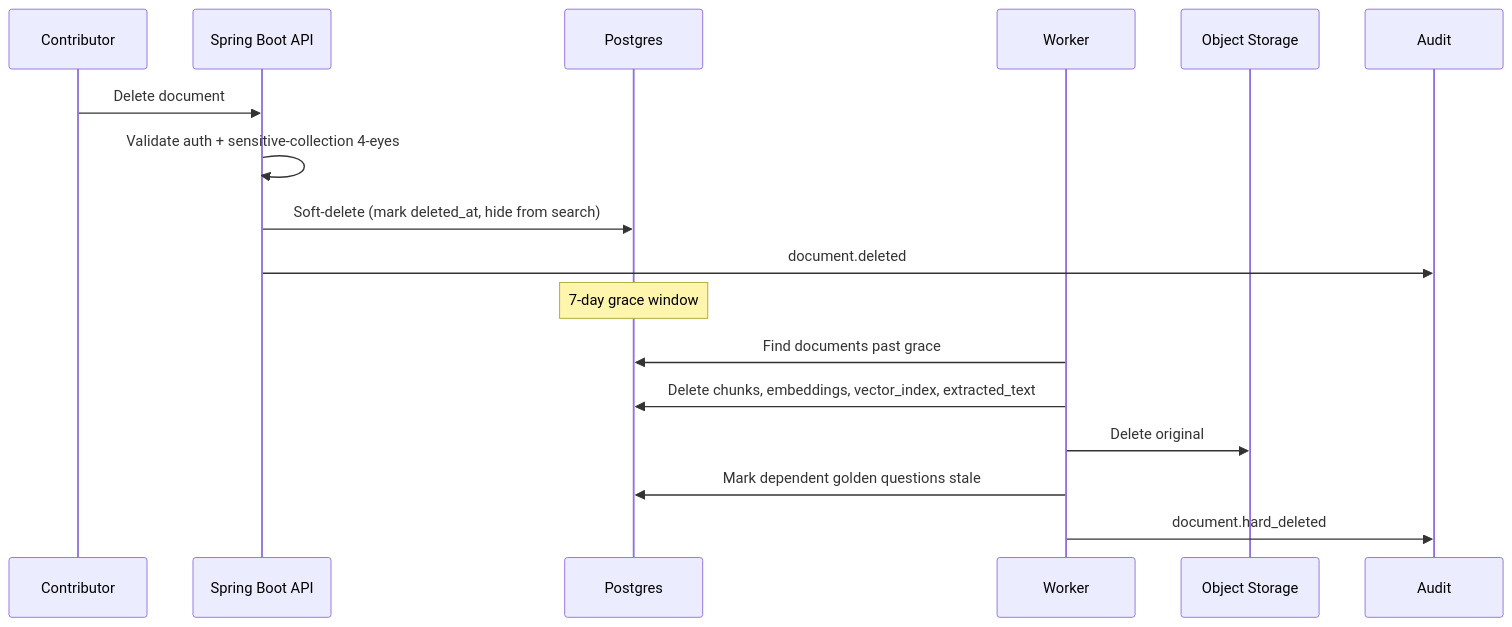
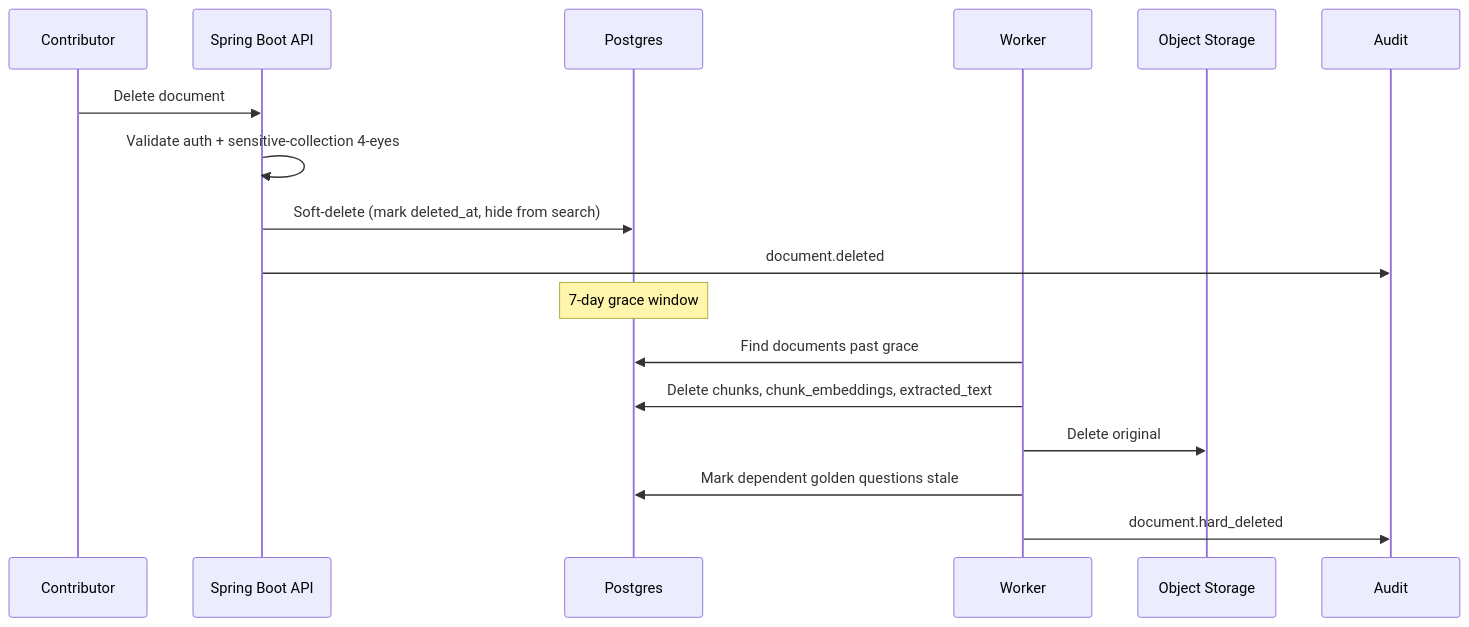
The sixth of 9 diagrams in docs/Solution_Architecture.md (alechulkin/rag), drawn with Mermaid before and after one commit. The commit also changed other lines of this file and 9 other files, not shown here.

````diff
--- a/docs/Solution_Architecture.md
+++ b/docs/Solution_Architecture.md
@@ -280,19 +282,19 @@
 ```mermaid
 sequenceDiagram
   participant U as Contributor
   participant API as Spring Boot API
   participant PG as Postgres
   participant W as Worker
   participant Obj as Object Storage
   participant Aud as Audit
   U->>API: Delete document
   API->>API: Validate auth + sensitive-collection 4-eyes
   API->>PG: Soft-delete (mark deleted_at, hide from search)
   API->>Aud: document.deleted
   Note over PG: 7-day grace window
   W->>PG: Find documents past grace
-  W->>PG: Delete chunks, embeddings, vector_index, extracted_text
+  W->>PG: Delete chunks, chunk_embeddings, extracted_text
   W->>Obj: Delete original
   W->>PG: Mark dependent golden questions stale
   W->>Aud: document.hard_deleted
 ```
````
